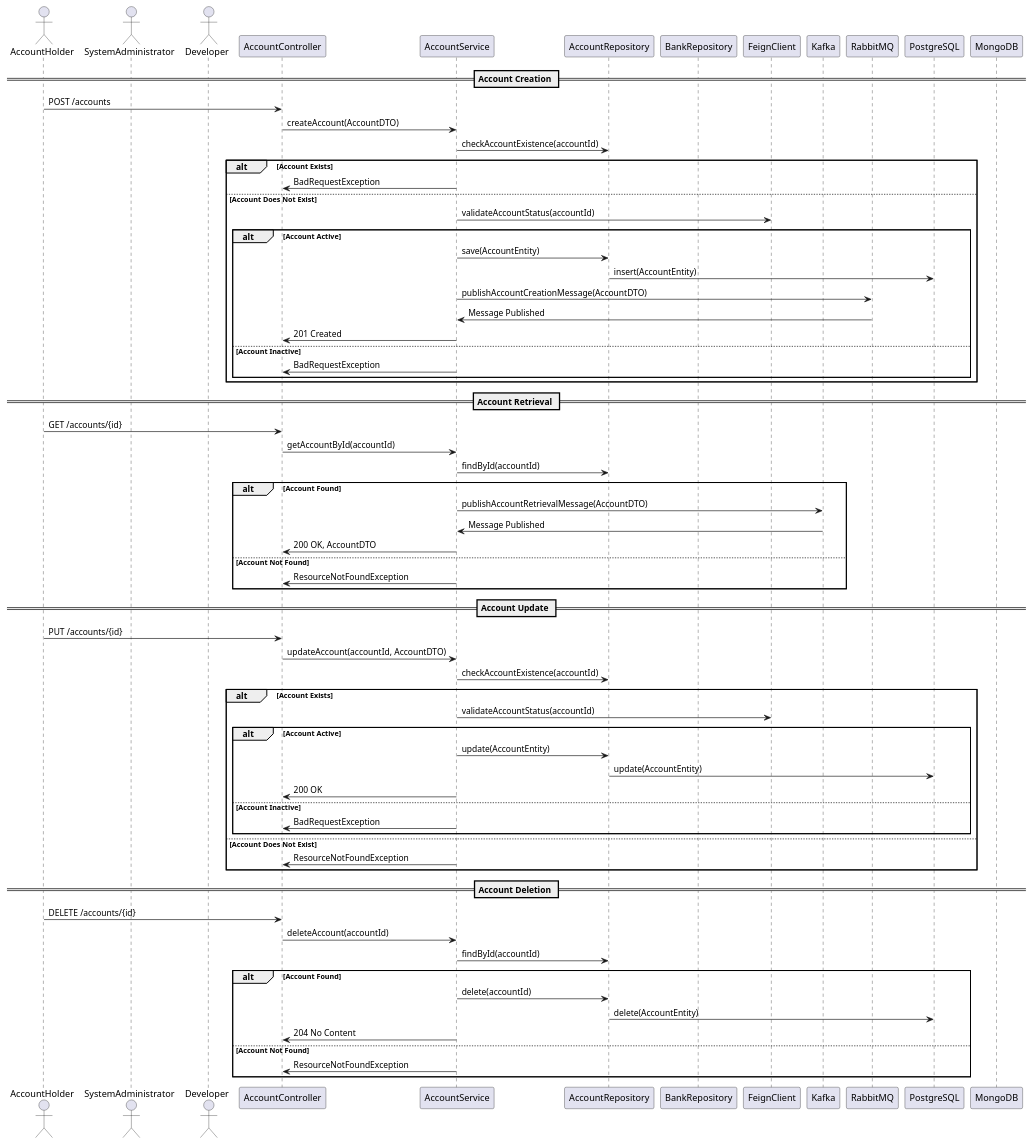
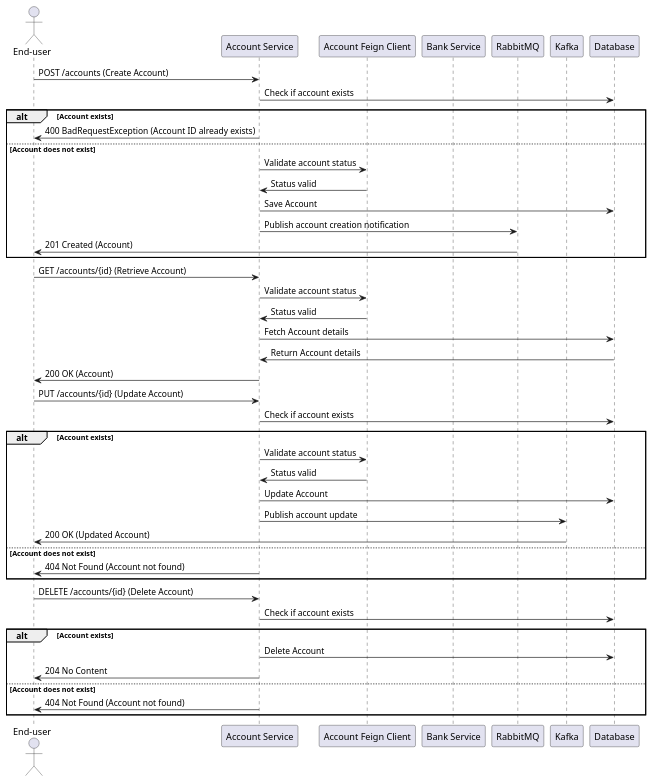
Before and after one commit to Bhaskar-Pavan/AccountService: the diagram in design_document/AccountService.md, drawn with PlantUML. The commit also changed other lines of this file, not shown here.

````diff
--- a/design_document/AccountService.md
+++ b/design_document/AccountService.md
@@ -29,77 +37,52 @@
 ```plantuml
 @startuml
-actor AccountHolder
-actor SystemAdministrator
-actor Developer
-participant "AccountController" as Controller
-participant "AccountService" as Service
-participant "AccountRepository" as Repo
-participant "BankRepository" as BankRepo
-participant "FeignClient" as Feign
+actor "End-user" as User
+participant "Account Service" as AccountService
+participant "Account Feign Client" as FeignClient
+participant "Bank Service" as BankService
+participant "RabbitMQ" as RabbitMQ
 participant "Kafka" as Kafka
-participant "RabbitMQ" as RabbitMQ
-participant "PostgreSQL" as PostgreSQL
-participant "MongoDB" as MongoDB
+participant "Database" as Database
 
-== Account Creation ==
-AccountHolder -> Controller: POST /accounts
-Controller -> Service: createAccount(AccountDTO)
-Service -> Repo: checkAccountExistence(accountId)
-alt Account Exists
-    Service -> Controller: BadRequestException
-else Account Does Not Exist
-    Service -> Feign: validateAccountStatus(accountId)
-    alt Account Active
-        Service -> Repo: save(AccountEntity)
-        Repo -> PostgreSQL: insert(AccountEntity)
-        Service -> RabbitMQ: publishAccountCreationMessage(AccountDTO)
-        RabbitMQ -> Service: Message Published
-        Service -> Controller: 201 Created
-    else Account Inactive
-        Service -> Controller: BadRequestException
-    end
+User -> AccountService : POST /accounts (Create Account)
+AccountService -> Database : Check if account exists
+alt Account exists
+    AccountService -> User : 400 BadRequestException (Account ID already exists)
+else Account does not exist
+    AccountService -> FeignClient : Validate account status
+    FeignClient -> AccountService : Status valid
+    AccountService -> Database : Save Account
+    AccountService -> RabbitMQ : Publish account creation notification
+    RabbitMQ -> User : 201 Created (Account)
 end
 
-== Account Retrieval ==
-AccountHolder -> Controller: GET /accounts/{id}
-Controller -> Service: getAccountById(accountId)
-Service -> Repo: findById(accountId)
-alt Account Found
-    Service -> Kafka: publishAccountRetrievalMessage(AccountDTO)
-    Kafka -> Service: Message Published
-    Service -> Controller: 200 OK, AccountDTO
-else Account Not Found
-    Service -> Controller: ResourceNotFoundException
+User -> AccountService : GET /accounts/{id} (Retrieve Account)
+AccountService -> FeignClient : Validate account status
+FeignClient -> AccountService : Status valid
+AccountService -> Database : Fetch Account details
+Database -> AccountService : Return Account details
+AccountService -> User : 200 OK (Account)
+
+User -> AccountService : PUT /accounts/{id} (Update Account)
+AccountService -> Database : Check if account exists
+alt Account exists
+    AccountService -> FeignClient : Validate account status
+    FeignClient -> AccountService : Status valid
+    AccountService -> Database : Update Account
+    AccountService -> Kafka : Publish account update
+    Kafka -> User : 200 OK (Updated Account)
+else Account does not exist
+    AccountService -> User : 404 Not Found (Account not found)
 end
 
-== Account Update ==
-AccountHolder -> Controller: PUT /accounts/{id}
-Controller -> Service: updateAccount(accountId, AccountDTO)
-Service -> Repo: checkAccountExistence(accountId)
-alt Account Exists
-    Service -> Feign: validateAccountStatus(accountId)
-    alt Account Active
-        Service -> Repo: update(AccountEntity)
-        Repo -> PostgreSQL: update(AccountEntity)
-        Service -> Controller: 200 OK
-    else Account Inactive
-        Service -> Controller: BadRequestException
-    end
-else Account Does Not Exist
-    Service -> Controller: ResourceNotFoundException
-end
-
-== Account Deletion ==
-AccountHolder -> Controller: DELETE /accounts/{id}
-Controller -> Service: deleteAccount(accountId)
-Service -> Repo: findById(accountId)
-alt Account Found
-    Service -> Repo: delete(accountId)
-    Repo -> PostgreSQL: delete(AccountEntity)
-    Service -> Controller: 204 No Content
-else Account Not Found
-    Service -> Controller: ResourceNotFoundException
+User -> AccountService : DELETE /accounts/{id} (Delete Account)
+AccountService -> Database : Check if account exists
+alt Account exists
+    AccountService -> Database : Delete Account
+    AccountService -> User : 204 No Content
+else Account does not exist
+    AccountService -> User : 404 Not Found (Account not found)
 end
 
 @enduml
 ```
````
